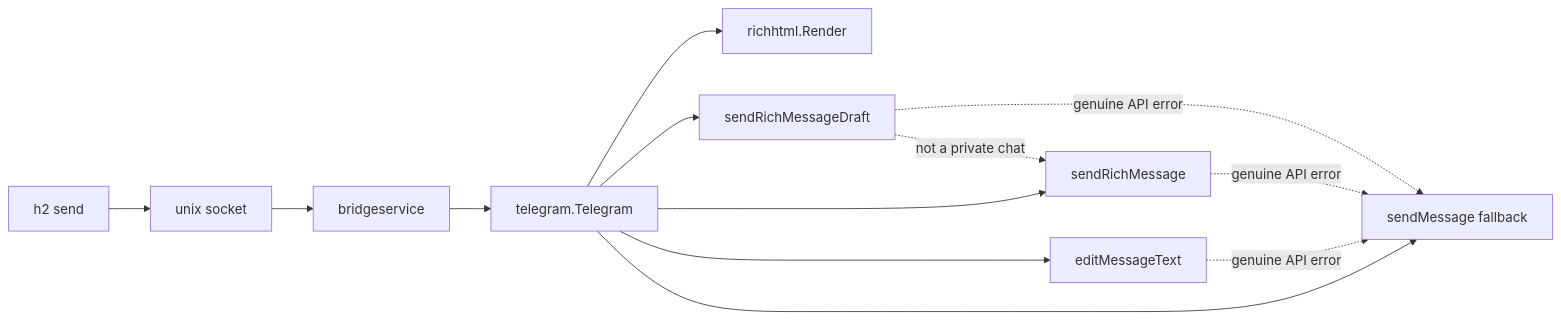
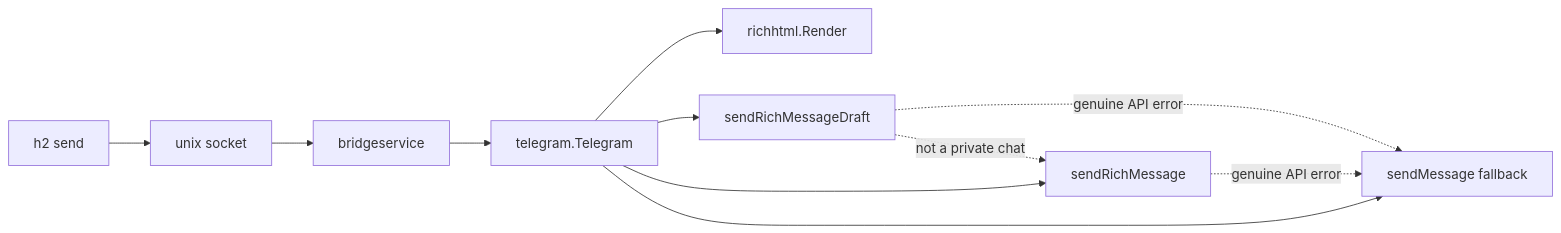
The first of 3 diagrams in docs/design-rich-draft-send.md (hegelstad/h2), drawn with Mermaid before and after one commit. The commit also changed other lines of this file, not shown here.

First line of the commit message:
docs: incorporate design review (inline, flush floor, no EditRich)

````diff
--- a/docs/design-rich-draft-send.md
+++ b/docs/design-rich-draft-send.md
@@ -19,15 +19,13 @@
 ```mermaid
 flowchart LR
   CLI["h2 send"] --> Sock["unix socket"]
   Sock --> Svc["bridgeservice"]
   Svc --> TG["telegram.Telegram"]
   TG --> R["richhtml.Render"]
   TG --> Draft["sendRichMessageDraft"]
   TG --> Persist["sendRichMessage"]
-  TG --> Edit["editMessageText"]
   TG --> Plain["sendMessage fallback"]
   Draft -.->|genuine API error| Plain
   Draft -.->|not a private chat| Persist
   Persist -.->|genuine API error| Plain
-  Edit -.->|genuine API error| Plain
 ```
````
